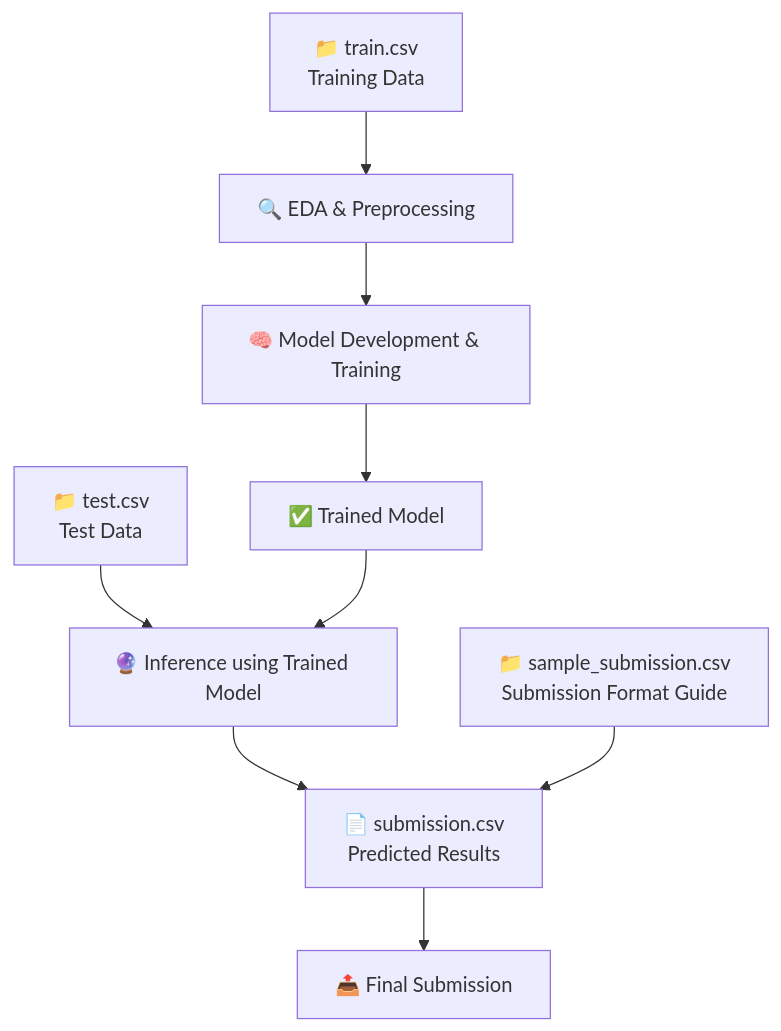
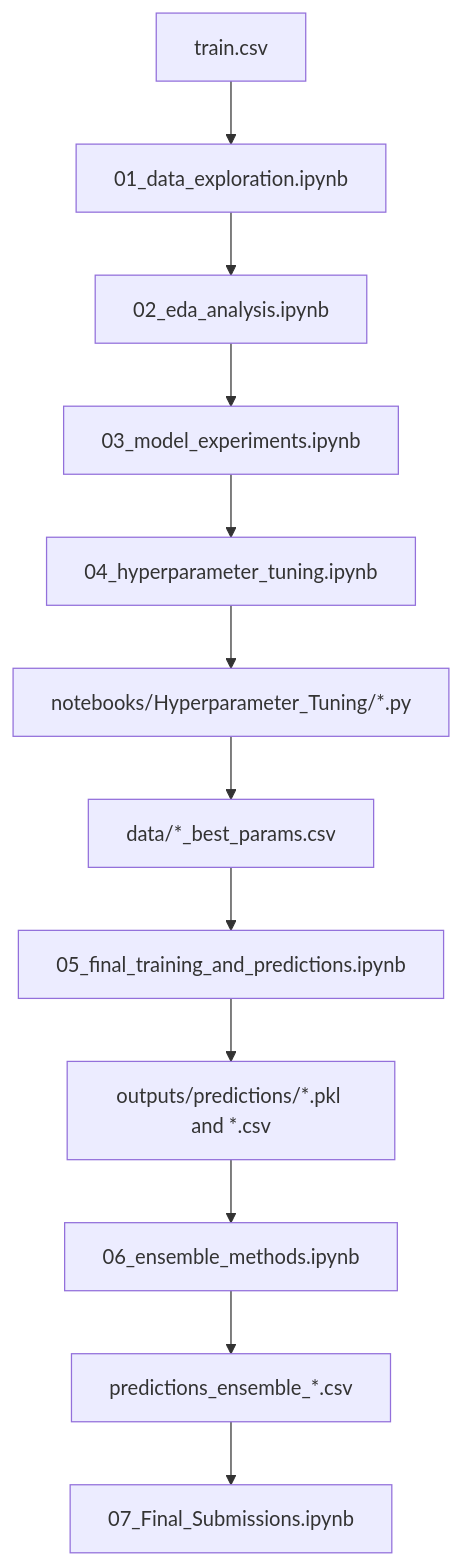
The diagram in README.md (TechWhizGenius/shell_ai_hack), drawn with Mermaid before and after one commit. The commit also changed other lines of this file, not shown here.

````diff
--- a/README.md
+++ b/README.md
@@ -64,14 +54,14 @@
 ```mermaid
 graph TD
-    A[📁 train.csv<br/>Training Data] --> B[🔍 EDA & Preprocessing]
-    B --> C[🧠 Model Development & Training]
-    C --> D[✅ Trained Model]
-
-    E[📁 test.csv<br/>Test Data] --> F[🔮 Inference using Trained Model]
-    D --> F
-
-    F --> G[📄 submission.csv<br/>Predicted Results]
-    H[📁 sample_submission.csv<br/>Submission Format Guide] --> G
-    G --> I[📤 Final Submission]
-
+    A[train.csv] --> B[01_data_exploration.ipynb]
+    B --> C[02_eda_analysis.ipynb]
+    C --> D[03_model_experiments.ipynb]
+    D --> E[04_hyperparameter_tuning.ipynb]
+    E --> F[notebooks/Hyperparameter_Tuning/*.py]
+    F --> G[data/*_best_params.csv]
+    G --> H[05_final_training_and_predictions.ipynb]
+    H --> I[outputs/predictions/*.pkl and *.csv]
+    I --> J[06_ensemble_methods.ipynb]
+    J --> K[predictions_ensemble_*.csv]
+    K --> L[07_Final_Submissions.ipynb]
 ```
````
